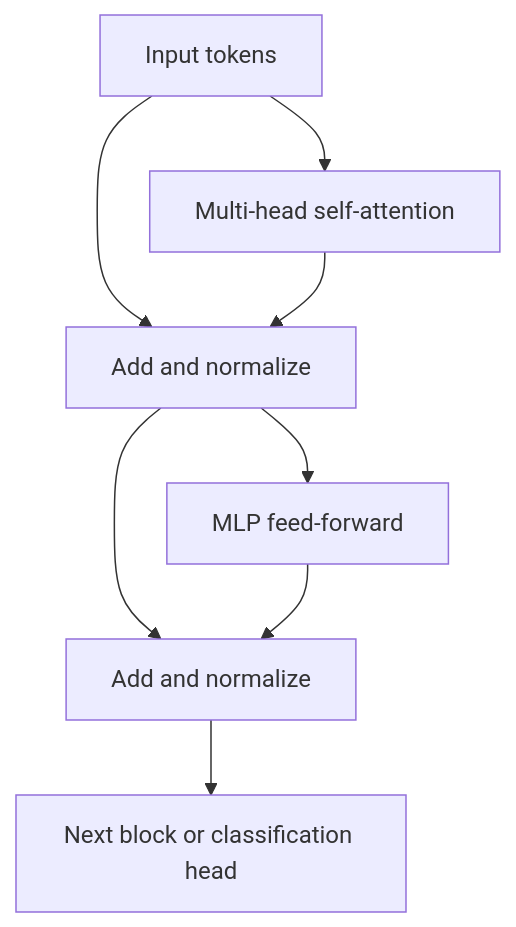
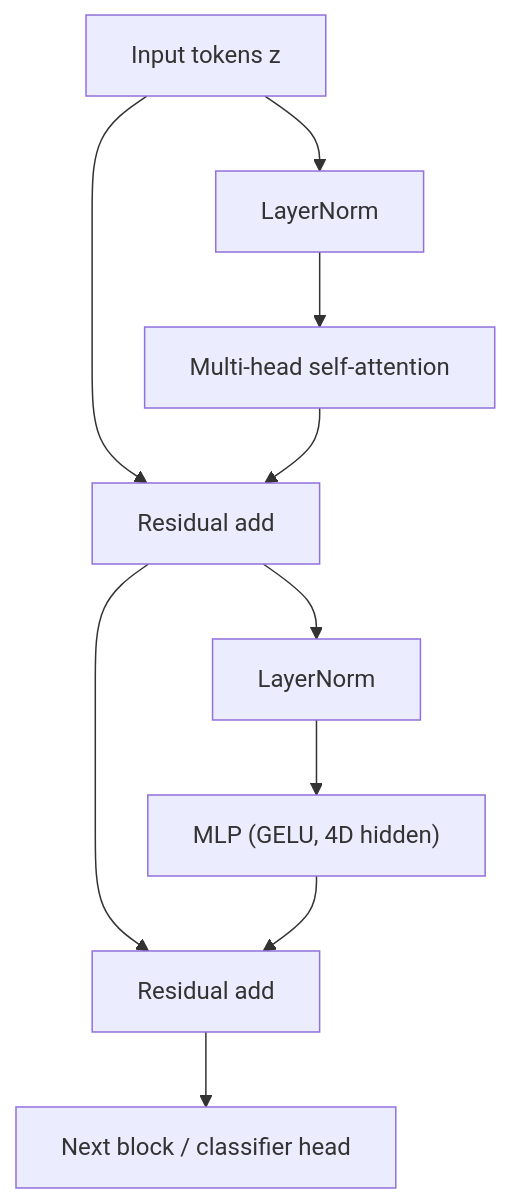
One commit to CODECRUNCHWORLDWIDE/C56-CRUNCH-VISION changed the diagram in curriculum/week-10-vision-transformers/lecture-notes/02-self-attention-for-vision.md. Above: the diagram before and after it, drawn with Mermaid. The commit also changed other lines of this file and 254 other files, not shown here.

Commit message:
docs: add diagrams + sync content from curriculum source

````diff
--- a/curriculum/week-10-vision-transformers/lecture-notes/02-self-attention-for-vision.md
+++ b/curriculum/week-10-vision-transformers/lecture-notes/02-self-attention-for-vision.md
@@ -23,10 +70,12 @@
 ```mermaid
 flowchart TD
-  A["Input tokens"] --> B["Multi-head self-attention"]
-  A --> C["Add and normalize"]
-  B --> C
-  C --> D["MLP feed-forward"]
-  C --> E["Add and normalize"]
-  D --> E
-  E --> F["Next block or classification head"]
+  A["Input tokens z"] --> B["LayerNorm"]
+  B --> C["Multi-head self-attention"]
+  A --> D["Residual add"]
+  C --> D
+  D --> E["LayerNorm"]
+  E --> F["MLP (GELU, 4D hidden)"]
+  D --> G["Residual add"]
+  F --> G
+  G --> H["Next block / classifier head"]
 ```
````
